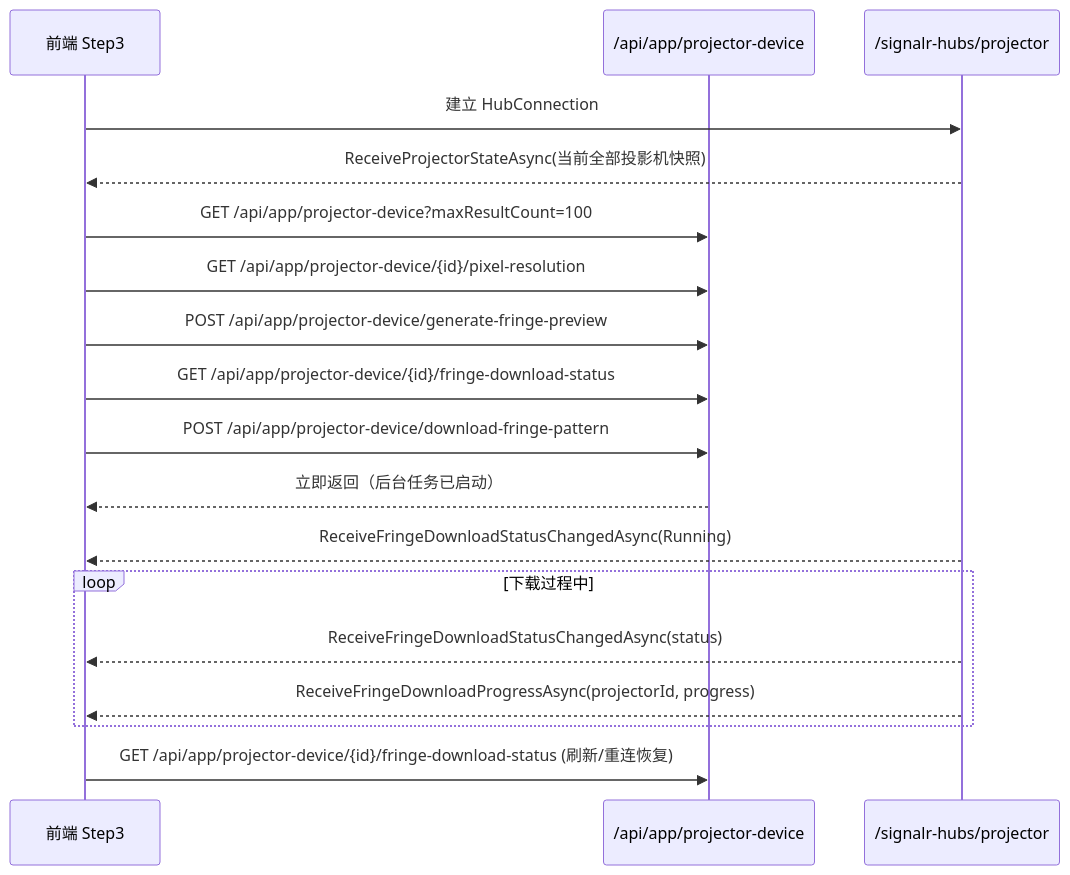
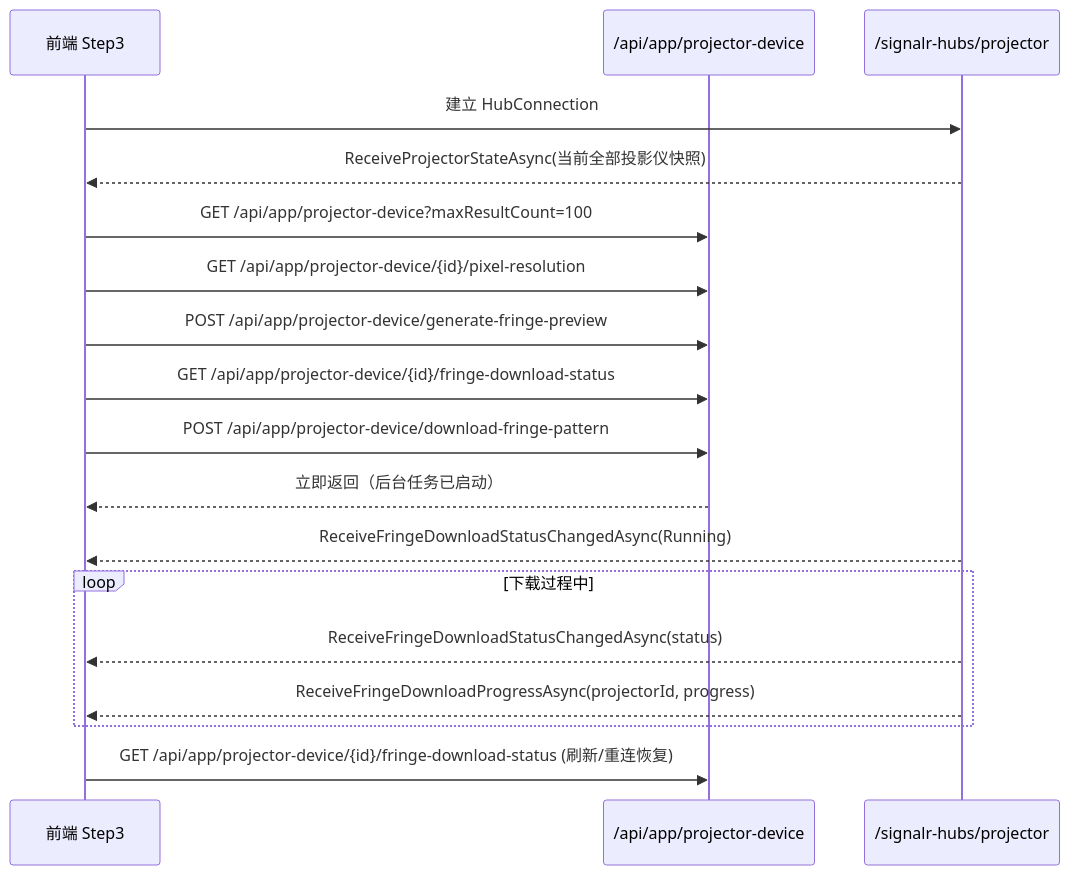
The third of 4 diagrams in Documents/标定页面API与SignalR详细使用手册.md (leng125172-code/Aurora-Application), drawn with Mermaid before and after one commit. The commit also changed other lines of this file and 94 other files, not shown here.

````diff
--- a/Documents/标定页面API与SignalR详细使用手册.md
+++ b/Documents/标定页面API与SignalR详细使用手册.md
@@ -347,21 +347,21 @@
 ```mermaid
 sequenceDiagram
     participant FE as 前端 Step3
     participant API as /api/app/projector-device
     participant HUB as /signalr-hubs/projector
 
     FE->>HUB: 建立 HubConnection
-    HUB-->>FE: ReceiveProjectorStateAsync(当前全部投影机快照)
+    HUB-->>FE: ReceiveProjectorStateAsync(当前全部投影仪快照)
     FE->>API: GET /api/app/projector-device?maxResultCount=100
     FE->>API: GET /api/app/projector-device/{id}/pixel-resolution
   FE->>API: POST /api/app/projector-device/generate-fringe-preview
   FE->>API: GET /api/app/projector-device/{id}/fringe-download-status
   FE->>API: POST /api/app/projector-device/download-fringe-pattern
   API-->>FE: 立即返回（后台任务已启动）
   HUB-->>FE: ReceiveFringeDownloadStatusChangedAsync(Running)
     loop 下载过程中
     HUB-->>FE: ReceiveFringeDownloadStatusChangedAsync(status)
         HUB-->>FE: ReceiveFringeDownloadProgressAsync(projectorId, progress)
     end
   FE->>API: GET /api/app/projector-device/{id}/fringe-download-status (刷新/重连恢复)
 ```
````
